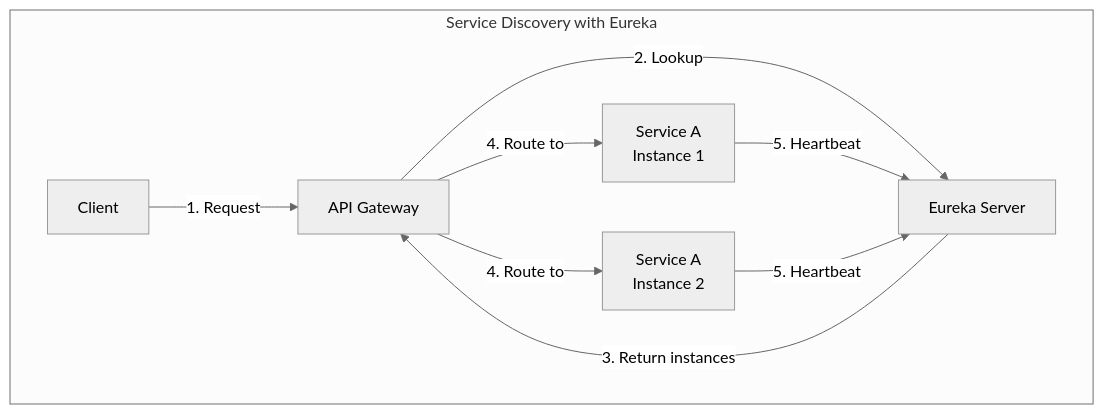
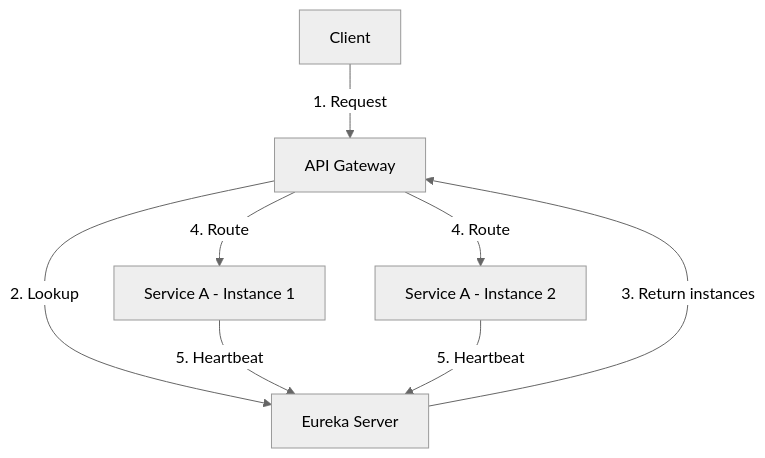
One commit to sunilkdasdev/writeups changed the seventh of 10 diagrams in inteview1.md. Above: the diagram before and after it, drawn with Mermaid (neutral theme). The commit also changed other lines of this file, not shown here.

````diff
--- a/inteview1.md
+++ b/inteview1.md
@@ -765,13 +324,10 @@
 ```mermaid
 graph TB
-    subgraph "Service Discovery with Eureka"
-        C[Client] -->|1. Request| G[API Gateway]
-        G -->|2. Lookup| E[Eureka Server]
-        E -->|3. Return instances| G
-        G -->|4. Route to| S1[Service A<br/>Instance 1]
-        G -->|4. Route to| S2[Service A<br/>Instance 2]
-        
-        S1 -->|5. Heartbeat| E
-        S2 -->|5. Heartbeat| E
-    end
+    C[Client] -->|1. Request| G[API Gateway]
+    G -->|2. Lookup| E[Eureka Server]
+    E -->|3. Return instances| G
+    G -->|4. Route| S1[Service A - Instance 1]
+    G -->|4. Route| S2[Service A - Instance 2]
+    S1 -->|5. Heartbeat| E
+    S2 -->|5. Heartbeat| E
 ```
````
